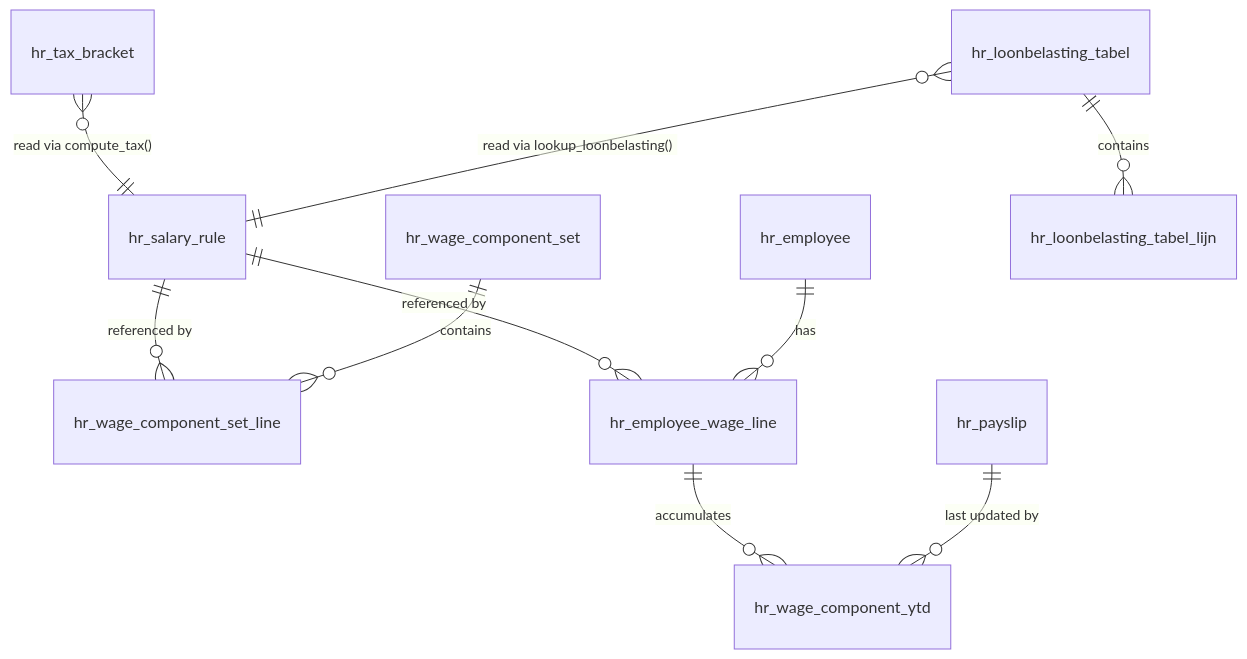
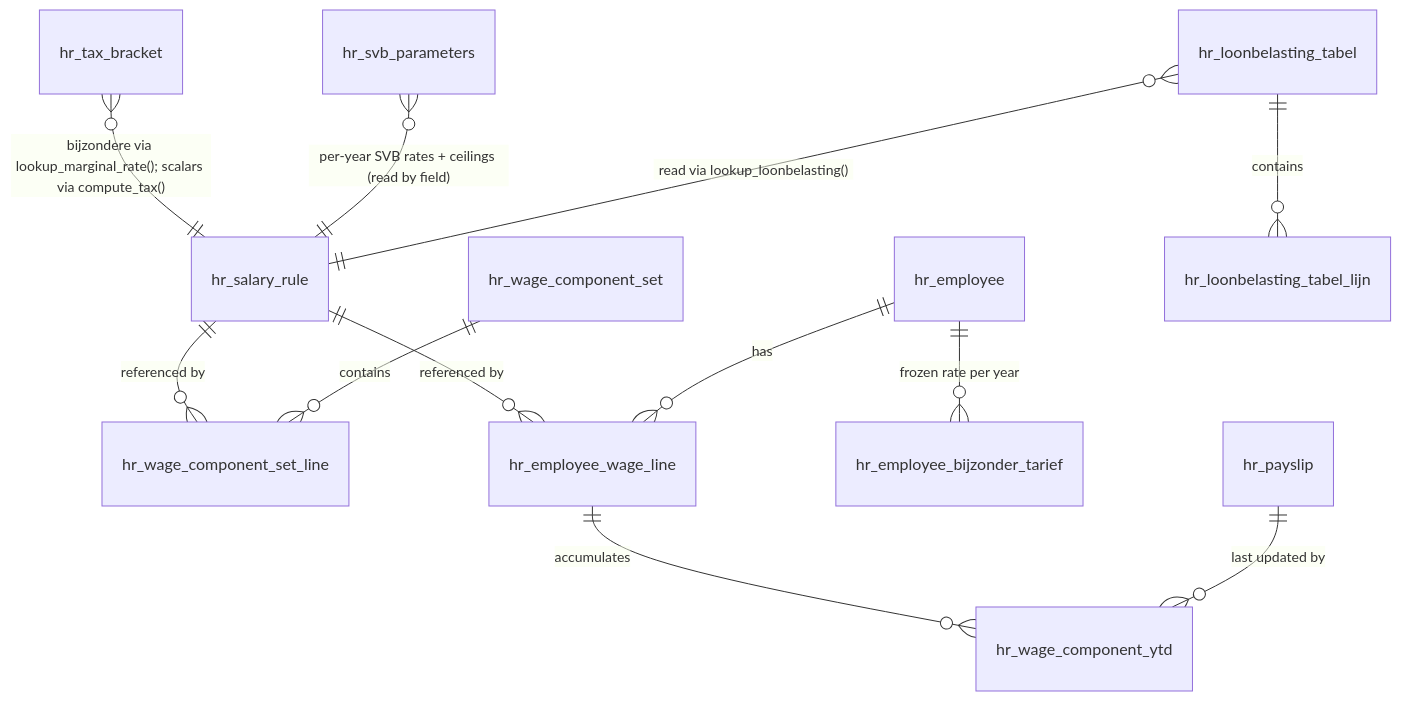
Before and after one commit to JohnRicardo1969/l10n_cw_hr_payrol: the second of 3 diagrams in _bmad-output/planning-artifacts/architecture/architecture-l10n_cw_hr_payrol-2026-06-25/ARCHITECTURE-SPINE.md, drawn with Mermaid. The commit also changed other lines of this file and 1 other file, not shown here.

````diff
--- a/_bmad-output/planning-artifacts/architecture/architecture-l10n_cw_hr_payrol-2026-06-25/ARCHITECTURE-SPINE.md
+++ b/_bmad-output/planning-artifacts/architecture/architecture-l10n_cw_hr_payrol-2026-06-25/ARCHITECTURE-SPINE.md
@@ -350,12 +507,14 @@
 ```mermaid
 erDiagram
     hr_salary_rule ||--o{ hr_wage_component_set_line : "referenced by"
     hr_salary_rule ||--o{ hr_employee_wage_line : "referenced by"
     hr_wage_component_set ||--o{ hr_wage_component_set_line : contains
     hr_employee ||--o{ hr_employee_wage_line : has
+    hr_employee ||--o{ hr_employee_bijzonder_tarief : "frozen rate per year"
     hr_employee_wage_line ||--o{ hr_wage_component_ytd : accumulates
     hr_payslip ||--o{ hr_wage_component_ytd : "last updated by"
-    hr_tax_bracket }o--|| hr_salary_rule : "read via compute_tax()"
+    hr_tax_bracket }o--|| hr_salary_rule : "bijzondere via lookup_marginal_rate(); scalars via compute_tax()"
+    hr_svb_parameters }o--|| hr_salary_rule : "per-year SVB rates + ceilings (read by field)"
     hr_loonbelasting_tabel ||--o{ hr_loonbelasting_tabel_lijn : contains
     hr_loonbelasting_tabel }o--|| hr_salary_rule : "read via lookup_loonbelasting()"
 ```
````
